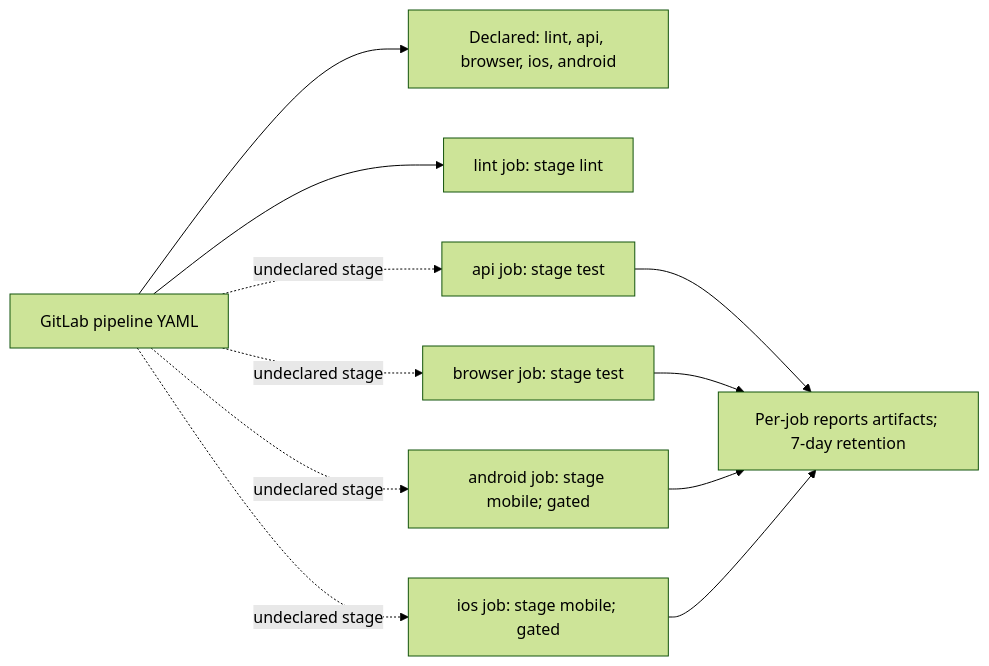
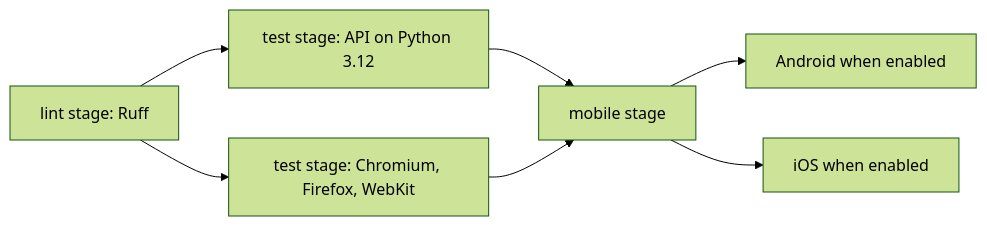
The third of 4 diagrams in docs/README.md (eminmuhammadi/flexible-test-automation-template), drawn with Mermaid (forest theme) before and after one commit. The commit also changed other lines of this file and 22 other files, not shown here.

````diff
--- a/docs/README.md
+++ b/docs/README.md
@@ -516,22 +329,9 @@
 ```mermaid
 flowchart LR
-  pipeline["GitLab pipeline YAML"]
-  stages["Declared: lint, api, browser, ios, android"]
-  lint["lint job: stage lint"]
-  api["api job: stage test"]
-  browser["browser job: stage test"]
-  android["android job: stage mobile; gated"]
-  ios["ios job: stage mobile; gated"]
-  artifacts["Per-job reports artifacts; 7-day retention"]
-
-  pipeline --> stages
-  pipeline --> lint
-  pipeline -. undeclared stage .-> api
-  pipeline -. undeclared stage .-> browser
-  pipeline -. undeclared stage .-> android
-  pipeline -. undeclared stage .-> ios
-  api --> artifacts
-  browser --> artifacts
-  android --> artifacts
-  ios --> artifacts
+  lint["lint stage: Ruff"] --> api["test stage: API on Python 3.12"]
+  lint --> browser["test stage: Chromium, Firefox, WebKit"]
+  api --> mobile["mobile stage"]
+  browser --> mobile
+  mobile --> android["Android when enabled"]
+  mobile --> ios["iOS when enabled"]
 ```
````
